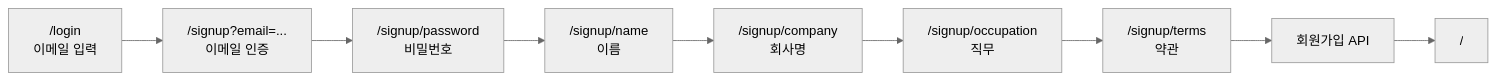
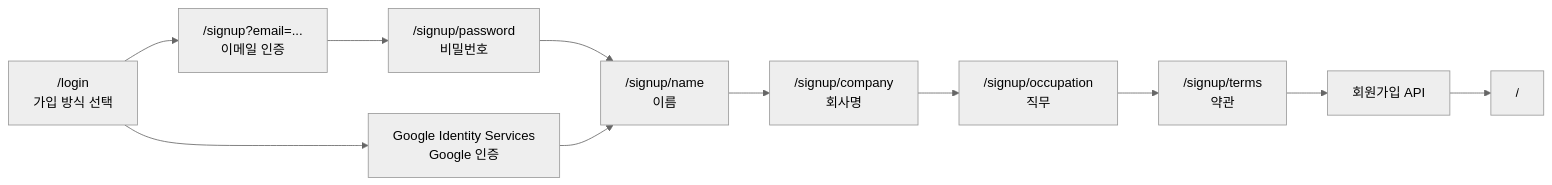
Before and after one commit to YAPP-Github/28th-Web-Team-4-FE: the diagram in docs/signup-flow.md, drawn with Mermaid (neutral theme). The commit also changed other lines of this file and 7 other files, not shown here.

Commit message:
feat: Google 회원가입 플로우를 연결한다

````diff
--- a/docs/signup-flow.md
+++ b/docs/signup-flow.md
@@ -17,11 +17,13 @@
 ```mermaid
 flowchart LR
-  login["/login<br/>이메일 입력"] --> verify["/signup?email=...<br/>이메일 인증"]
+  login["/login<br/>가입 방식 선택"] --> verify["/signup?email=...<br/>이메일 인증"]
+  login --> google["Google Identity Services<br/>Google 인증"]
   verify --> password["/signup/password<br/>비밀번호"]
   password --> name["/signup/name<br/>이름"]
+  google --> name
   name --> company["/signup/company<br/>회사명"]
   company --> occupation["/signup/occupation<br/>직무"]
   occupation --> terms["/signup/terms<br/>약관"]
   terms --> submit["회원가입 API"]
   submit --> home["/"]
 ```
````
